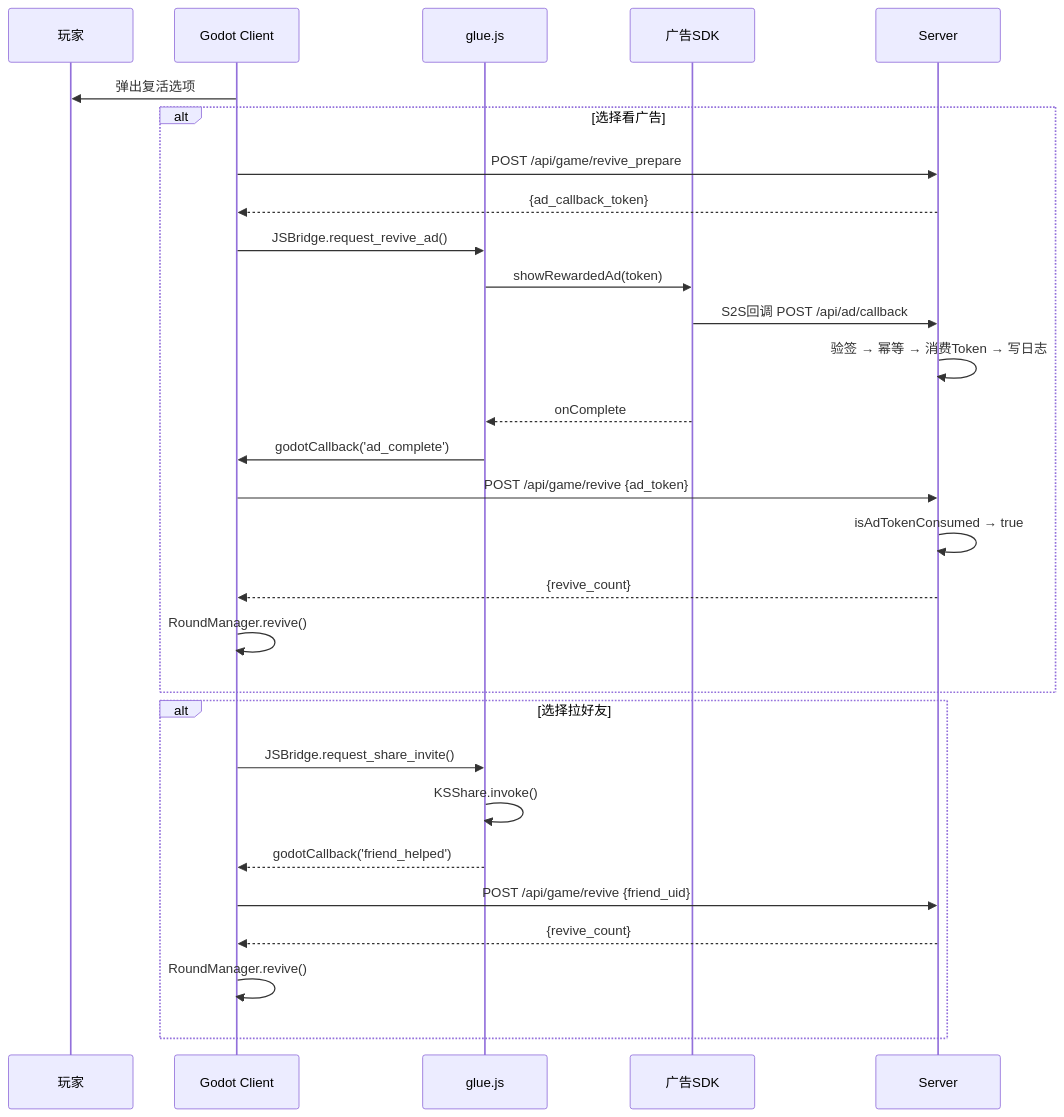
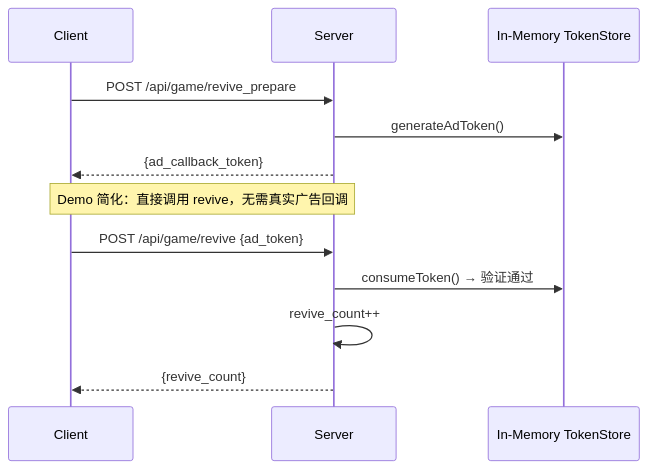
One commit to Lwin993/my-poker-roguelike changed the fifth of 8 diagrams in docs/poker_roguelike_tech_spec.md. Above: the diagram before and after it, drawn with Mermaid. The commit also changed other lines of this file and 62 other files, not shown here.

````diff
--- a/docs/poker_roguelike_tech_spec.md
+++ b/docs/poker_roguelike_tech_spec.md
@@ -1948,34 +1145,17 @@
 ```mermaid
 sequenceDiagram
-    participant P as 玩家
-    participant G as Godot Client
-    participant J as glue.js
-    participant AdSDK as 广告SDK
+    participant C as Client
     participant S as Server
-    
-    G->>P: 弹出复活选项
-    
-    alt 选择看广告
-        G->>S: POST /api/game/revive_prepare
-        S-->>G: {ad_callback_token}
-        G->>J: JSBridge.request_revive_ad()
-        J->>AdSDK: showRewardedAd(token)
-        AdSDK->>S: S2S回调 POST /api/ad/callback
-        S->>S: 验签 → 幂等 → 消费Token → 写日志
-        AdSDK-->>J: onComplete
-        J->>G: godotCallback('ad_complete')
-        G->>S: POST /api/game/revive {ad_token}
-        S->>S: isAdTokenConsumed → true
-        S-->>G: {revive_count}
-        G->>G: RoundManager.revive()
-    end
-    
-    alt 选择拉好友
-        G->>J: JSBridge.request_share_invite()
-        J->>J: KSShare.invoke()
-        J-->>G: godotCallback('friend_helped')
-        G->>S: POST /api/game/revive {friend_uid}
-        S-->>G: {revive_count}
-        G->>G: RoundManager.revive()
-    end
+    participant Mem as In-Memory TokenStore
+
+    C->>S: POST /api/game/revive_prepare
+    S->>Mem: generateAdToken()
+    S-->>C: {ad_callback_token}
+
+    Note over C,S: Demo 简化：直接调用 revive，无需真实广告回调
+
+    C->>S: POST /api/game/revive {ad_token}
+    S->>Mem: consumeToken() → 验证通过
+    S->>S: revive_count++
+    S-->>C: {revive_count}
 ```
````
